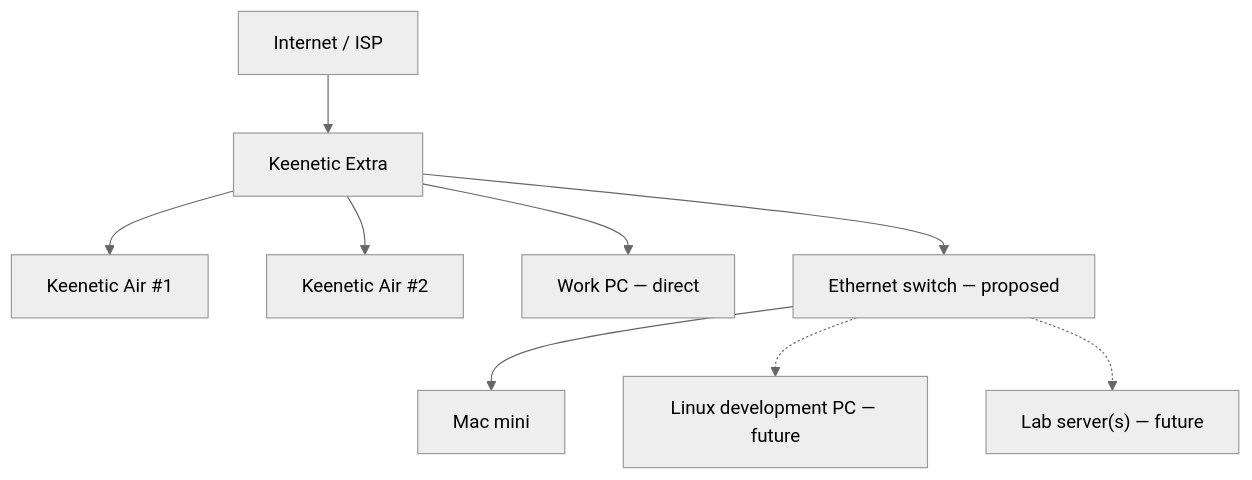
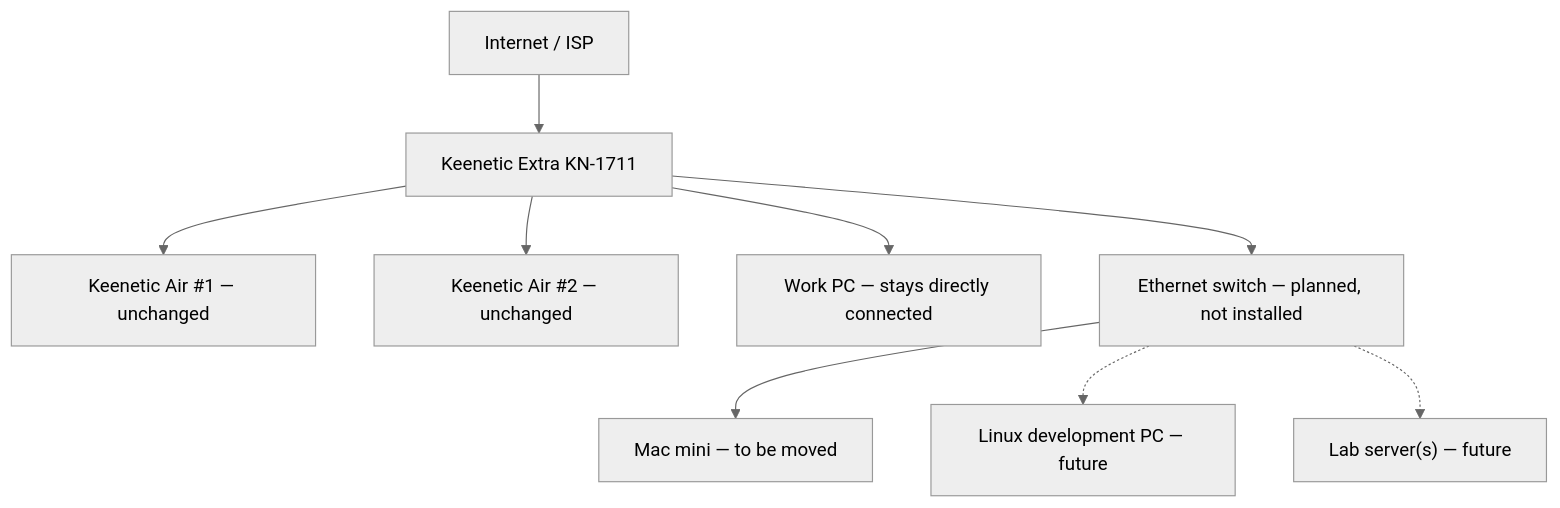
The second of 2 diagrams in docs/home-lab/network.md (anton415/linux-lab), drawn with Mermaid (neutral theme) before and after one commit. The commit also changed other lines of this file, not shown here.

Commit message:
docs: confirm work PC stays directly on Keenetic Extra

````diff
--- a/docs/home-lab/network.md
+++ b/docs/home-lab/network.md
@@ -55,11 +35,11 @@
 ```mermaid
 flowchart TD
-    ISP["Internet / ISP"] --> E["Keenetic Extra"]
-    E --> A1["Keenetic Air #1"]
-    E --> A2["Keenetic Air #2"]
-    E --> W["Work PC — direct"]
-    E --> S["Ethernet switch — proposed"]
-    S --> M["Mac mini"]
+    ISP["Internet / ISP"] --> E["Keenetic Extra KN-1711"]
+    E --> A1["Keenetic Air #1 — unchanged"]
+    E --> A2["Keenetic Air #2 — unchanged"]
+    E --> W["Work PC — stays directly connected"]
+    E --> S["Ethernet switch — planned, not installed"]
+    S --> M["Mac mini — to be moved"]
     S -.-> D["Linux development PC — future"]
     S -.-> H["Lab server(s) — future"]
 ```
````
